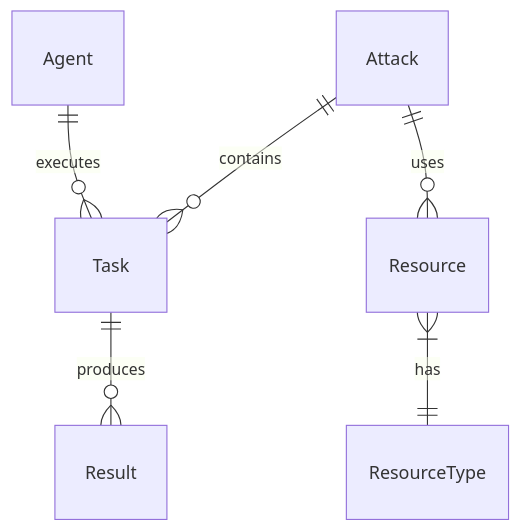
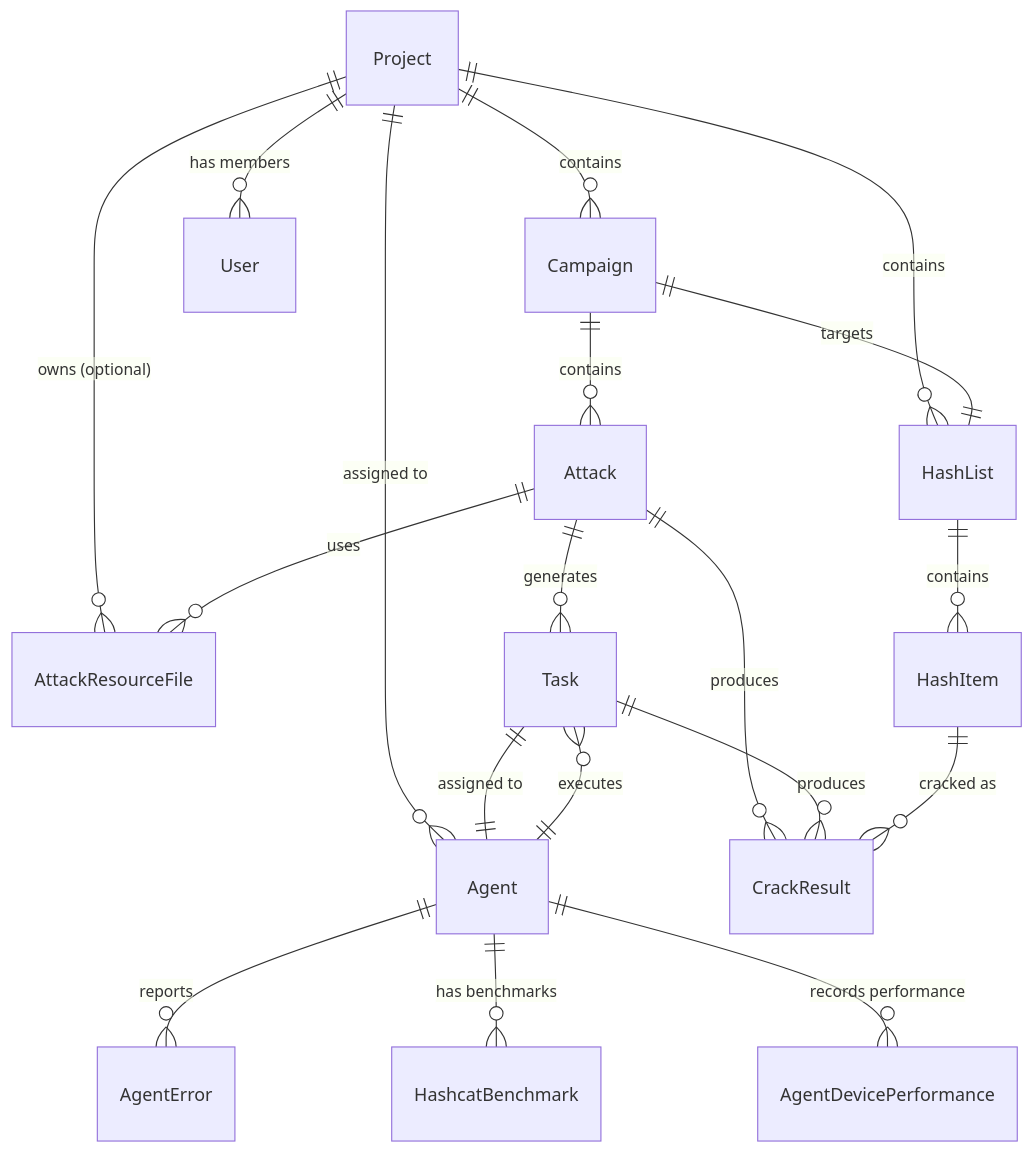
Before and after one commit to unclesp1d3r/CipherSwarm: the first of 2 diagrams in docs/architecture/components.md, drawn with Mermaid. The commit also changed other lines of this file and 2 other files, not shown here.

First line of the commit message:
docs(architecture): enhance API and system component documentation

````diff
--- a/docs/architecture/components.md
+++ b/docs/architecture/components.md
@@ -72,8 +187,26 @@
 ```mermaid
 erDiagram
+    Project ||--o{ Campaign : contains
+    Project ||--o{ User : "has members"
+    Project ||--o{ Agent : "assigned to"
+    Project ||--o{ HashList : contains
+    Project ||--o{ AttackResourceFile : "owns (optional)"
+    
+    Campaign ||--o{ Attack : contains
+    Campaign ||--|| HashList : targets
+    
+    Attack ||--o{ Task : generates
+    Attack ||--o{ AttackResourceFile : uses
+    Attack ||--o{ CrackResult : produces
+    
+    Task ||--|| Agent : "assigned to"
+    Task ||--o{ CrackResult : produces
+    
+    HashList ||--o{ HashItem : contains
+    HashItem ||--o{ CrackResult : "cracked as"
+    
     Agent ||--o{ Task : executes
-    Attack ||--o{ Task : contains
-    Task ||--o{ Result : produces
-    Attack ||--o{ Resource : uses
-    Resource }|--|| ResourceType : has
+    Agent ||--o{ AgentError : reports
+    Agent ||--o{ HashcatBenchmark : "has benchmarks"
+    Agent ||--o{ AgentDevicePerformance : "records performance"
 ```
````
